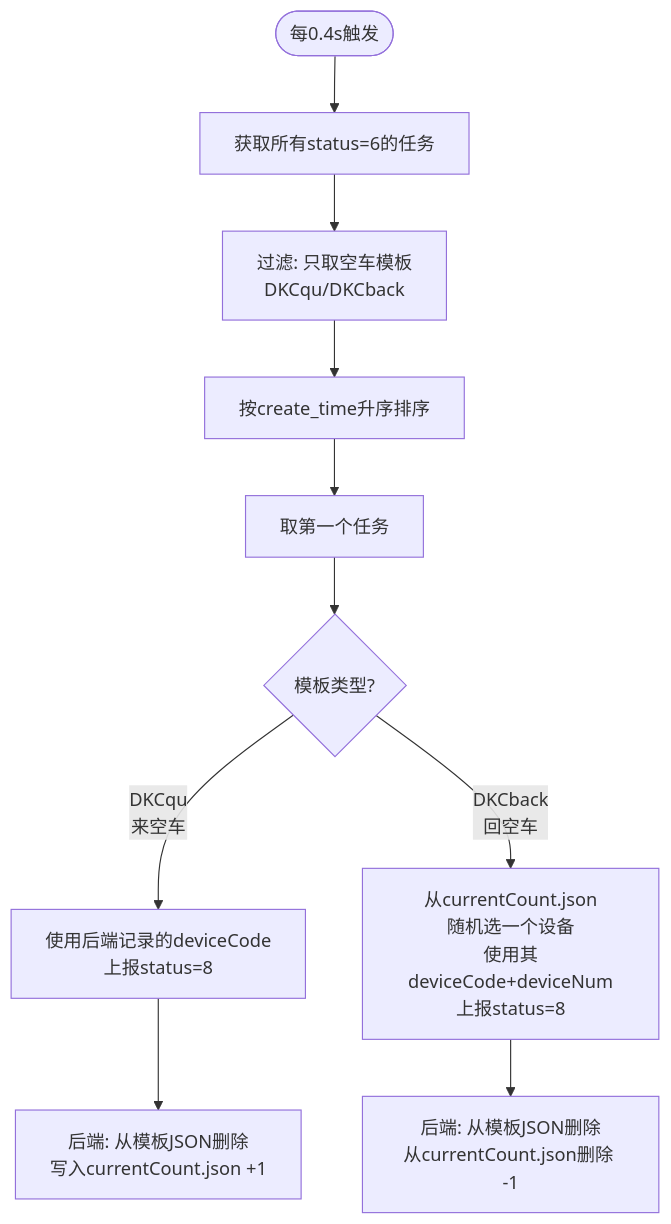
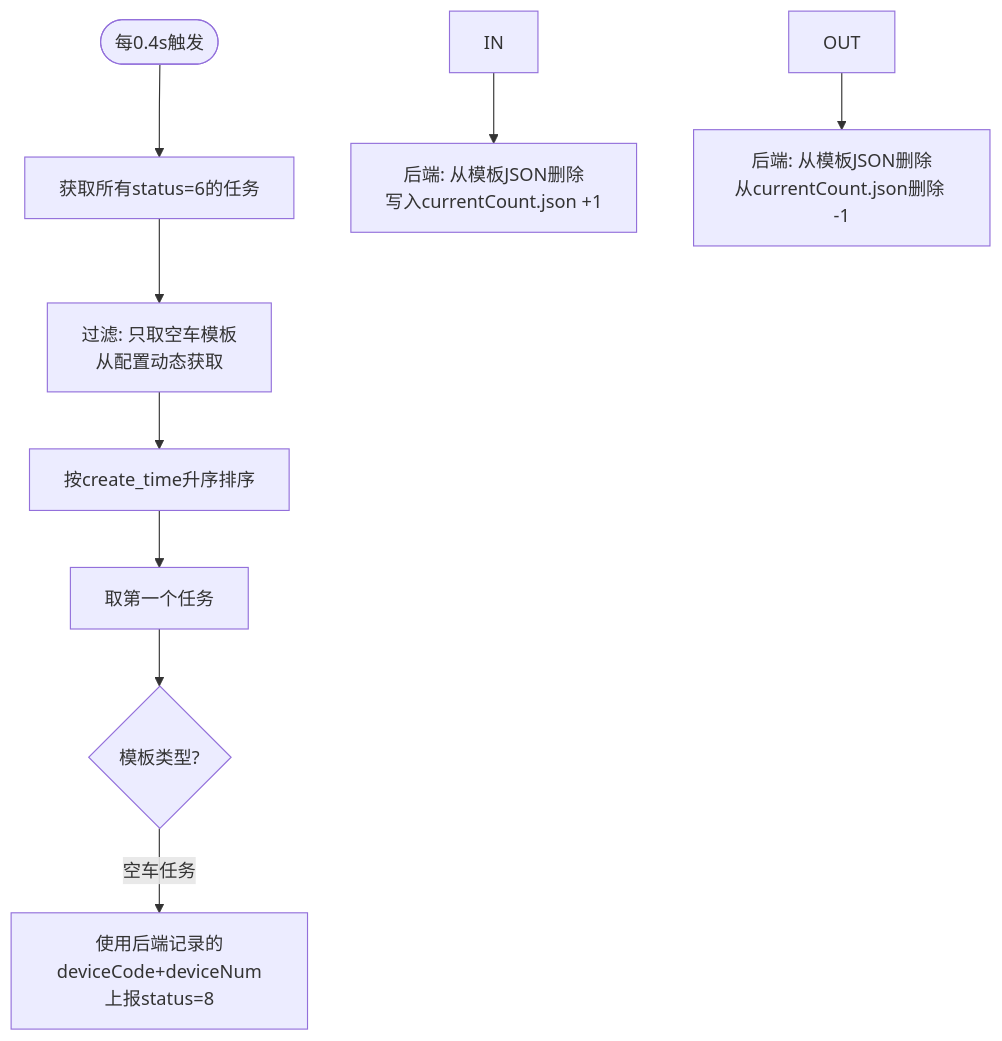
One commit to 1021143806/toolsForPersonal changed the fourth of 6 diagrams in projects/agv_system/app/cross_env_manager/test/调车模块压力测试/README.md. Above: the diagram before and after it, drawn with Mermaid. The commit also changed other lines of this file and 6 other files, not shown here.

````diff
--- a/projects/agv_system/app/cross_env_manager/test/调车模块压力测试/README.md
+++ b/projects/agv_system/app/cross_env_manager/test/调车模块压力测试/README.md
@@ -61,12 +61,11 @@
 ```mermaid
 flowchart TD
     START([每0.4s触发]) --> GET[获取所有status=6的任务]
-    GET --> FILTER[过滤: 只取空车模板<br/>DKCqu/DKCback]
+    GET -->    FILTER[过滤: 只取空车模板<br/>从配置动态获取]
     FILTER --> SORT[按create_time升序排序]
     SORT --> PICK[取第一个任务]
     PICK --> TYPE{模板类型?}
-    TYPE -->|DKCqu<br/>来空车| IN[使用后端记录的deviceCode<br/>上报status=8]
-    TYPE -->|DKCback<br/>回空车| OUT[从currentCount.json<br/>随机选一个设备<br/>使用其deviceCode+deviceNum<br/>上报status=8]
+    TYPE -->|空车任务| DONE[使用后端记录的deviceCode+deviceNum<br/>上报status=8]
     IN --> BACKEND_IN[后端: 从模板JSON删除<br/>写入currentCount.json +1]
     OUT --> BACKEND_OUT[后端: 从模板JSON删除<br/>从currentCount.json删除 -1]
 ```
````
